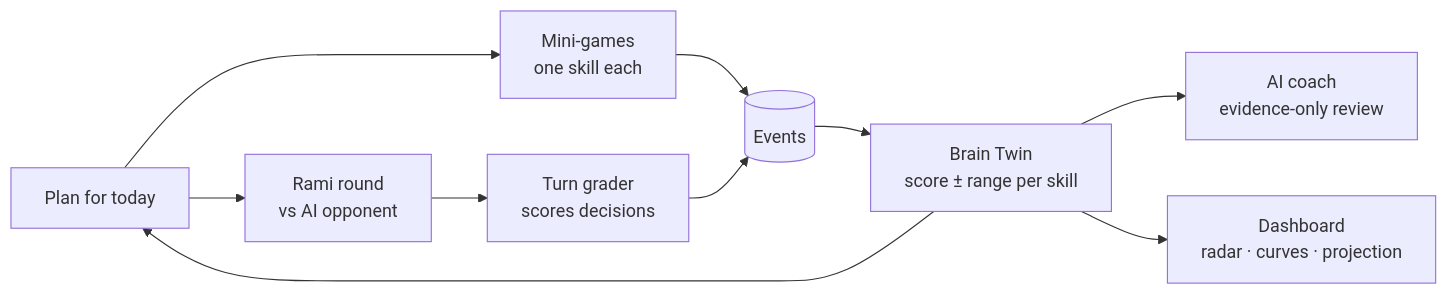
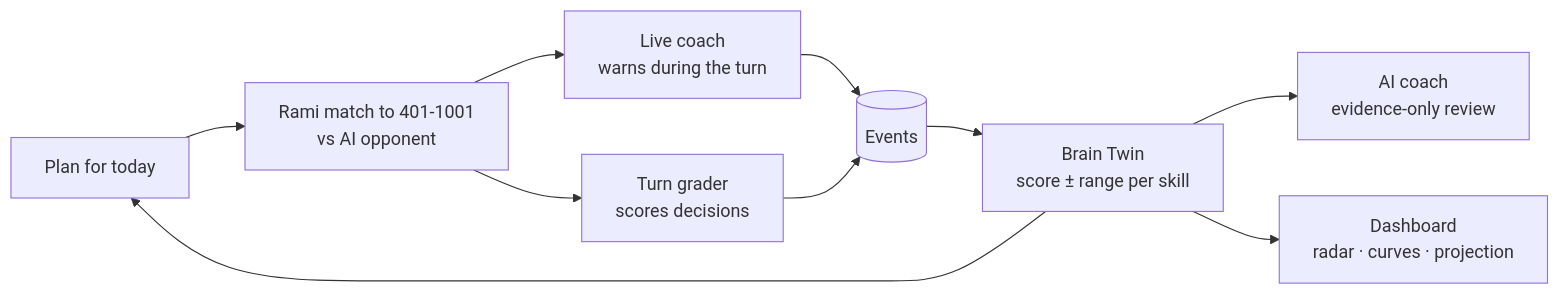
Before and after one commit to KareemChatti/Ai4brain-cistac-iset-bizerte: the first of 2 diagrams in README.md, drawn with Mermaid. The commit also changed other lines of this file and 5 other files, not shown here.

First line of the commit message:
feat: dashboard charts, review evidence and read-aloud, README how to run

````diff
--- a/README.md
+++ b/README.md
@@ -46,12 +46,12 @@
 ```mermaid
 flowchart LR
-    P[Plan for today] --> M[Mini-games<br/>one skill each]
-    P --> R[Rami round<br/>vs AI opponent]
+    P[Plan for today] --> R[Rami match to 401-1001<br/>vs AI opponent]
+    R --> L[Live coach<br/>warns during the turn]
     R --> G[Turn grader<br/>scores decisions]
-    M --> E[(Events)]
+    L --> E[(Events)]
     G --> E
     E --> T[Brain Twin<br/>score ± range per skill]
     T --> C[AI coach<br/>evidence-only review]
     T --> D[Dashboard<br/>radar · curves · projection]
     T --> P
 ```
````
